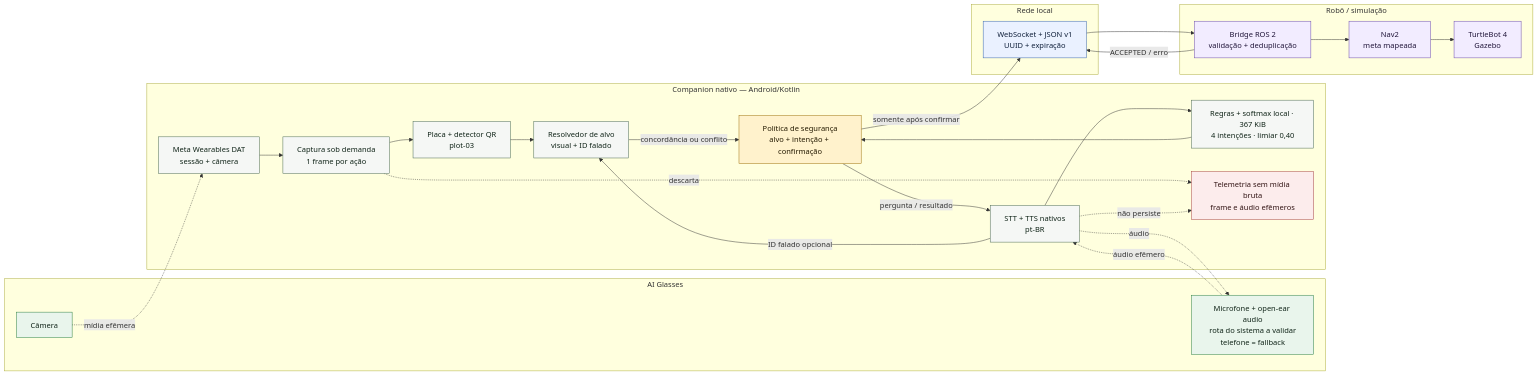
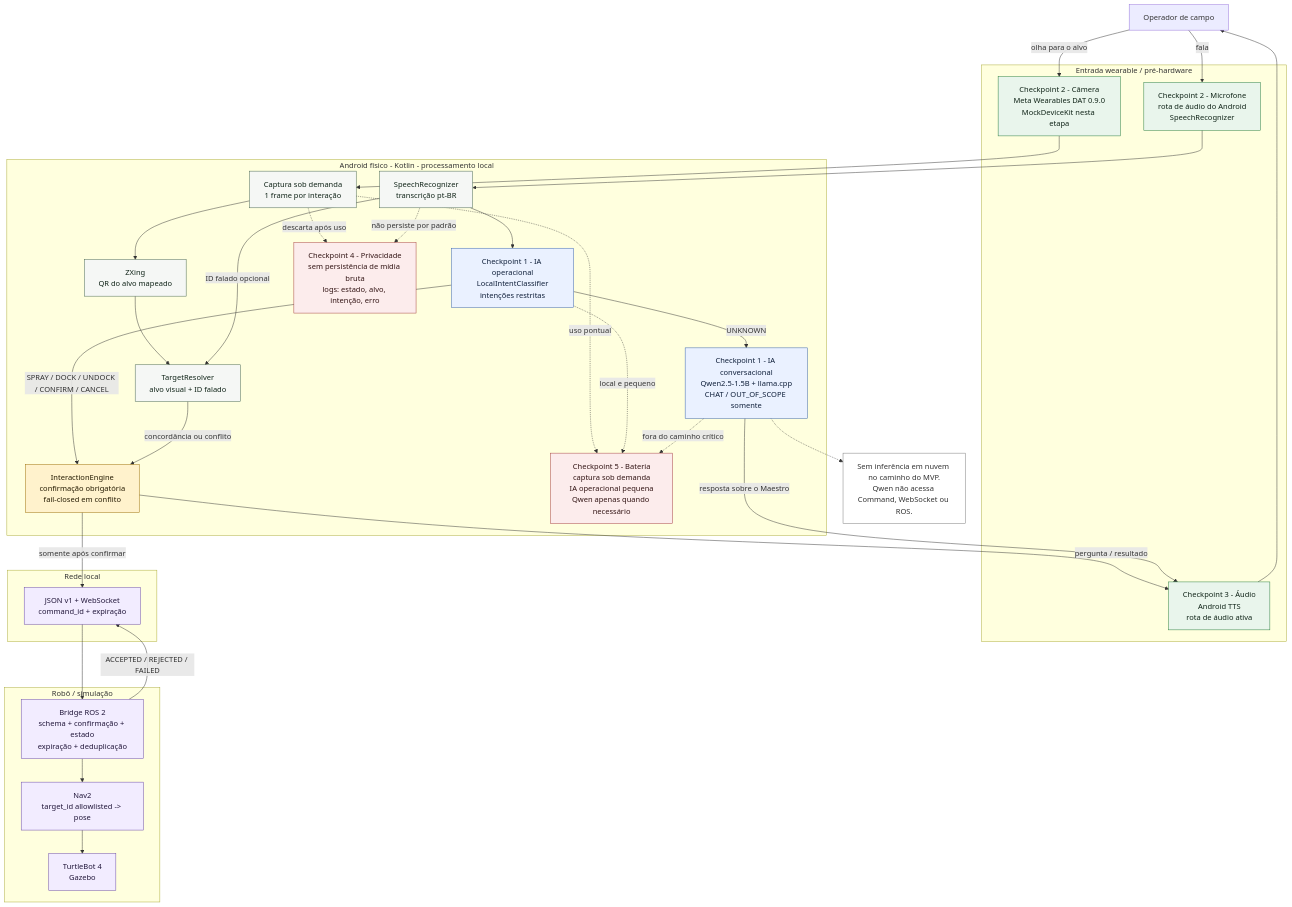
One commit to vvvvvdal/maestro-agricola changed the diagram in docs/submission/architecture.mmd. Above: the diagram before and after it, drawn with Mermaid. The commit also changed 3 other files, not shown here.

```diff
--- a/docs/submission/architecture.mmd
+++ b/docs/submission/architecture.mmd
@@ -1,56 +1,67 @@
-flowchart LR
-    subgraph G["AI Glasses"]
-        CAM["Câmera"]
-        AUD["Microfone + open-ear audio\nrota do sistema a validar\ntelefone = fallback"]
+flowchart TB
+    U["Operador de campo"]
+
+    subgraph W["Entrada wearable / pré-hardware"]
+        CAM["Checkpoint 2 - Câmera<br/>Meta Wearables DAT 0.9.0<br/>MockDeviceKit nesta etapa"]
+        MIC["Checkpoint 2 - Microfone<br/>rota de áudio do Android<br/>SpeechRecognizer"]
+        OUT["Checkpoint 3 - Áudio<br/>Android TTS<br/>rota de áudio ativa"]
     end
 
-    subgraph M["Companion nativo — Android/Kotlin"]
-        DAT["Meta Wearables DAT\nsessão + câmera"]
-        FRAME["Captura sob demanda\n1 frame por ação"]
-        QR["Placa + detector QR\nplot-03"]
-        VOICE["STT + TTS nativos\npt-BR"]
-        AI["Regras + softmax local · 367 KiB\n4 intenções · limiar 0,40"]
-        TARGET["Resolvedor de alvo\nvisual + ID falado"]
-        FSM["Política de segurança\nalvo + intenção + confirmação"]
-        PRIV["Telemetria sem mídia bruta\nframe e áudio efêmeros"]
+    subgraph A["Android físico - Kotlin - processamento local"]
+        FRAME["Captura sob demanda<br/>1 frame por interação"]
+        QR["ZXing<br/>QR do alvo mapeado"]
+        STT["SpeechRecognizer<br/>transcrição pt-BR"]
+        OPAI["Checkpoint 1 - IA operacional<br/>LocalIntentClassifier<br/>intenções restritas"]
+        TARGET["TargetResolver<br/>alvo visual + ID falado"]
+        SAFE["InteractionEngine<br/>confirmação obrigatória<br/>fail-closed em conflito"]
+        QWEN["Checkpoint 1 - IA conversacional<br/>Qwen2.5-1.5B + llama.cpp<br/>CHAT / OUT_OF_SCOPE somente"]
+        PRIV["Checkpoint 4 - Privacidade<br/>sem persistência de mídia bruta<br/>logs: estado, alvo, intenção, erro"]
+        BATT["Checkpoint 5 - Bateria<br/>captura sob demanda<br/>IA operacional pequena<br/>Qwen apenas quando necessário"]
     end
 
-    subgraph N["Rede local"]
-        WS["WebSocket + JSON v1\nUUID + expiração"]
+    subgraph L["Rede local"]
+        WS["JSON v1 + WebSocket<br/>command_id + expiração"]
     end
 
     subgraph R["Robô / simulação"]
-        BRIDGE["Bridge ROS 2\nvalidação + deduplicação"]
-        NAV["Nav2\nmeta mapeada"]
-        TB4["TurtleBot 4\nGazebo"]
+        BR["Bridge ROS 2<br/>schema + confirmação + estado<br/>expiração + deduplicação"]
+        NAV["Nav2<br/>target_id allowlisted -> pose"]
+        TB["TurtleBot 4<br/>Gazebo"]
     end
 
-    CAM -. "mídia efêmera" .-> DAT
-    DAT --> FRAME --> QR --> TARGET
-    AUD -. "áudio efêmero" .-> VOICE
-    VOICE --> AI --> FSM
-    VOICE -->|"ID falado opcional"| TARGET
-    TARGET -->|"concordância ou conflito"| FSM
-    FSM -->|"pergunta / resultado"| VOICE
-    VOICE -. "áudio" .-> AUD
-    FSM -->|"somente após confirmar"| WS --> BRIDGE --> NAV --> TB4
-    FRAME -. "descarta" .-> PRIV
-    VOICE -. "não persiste" .-> PRIV
-    BRIDGE -->|"ACCEPTED / erro"| WS
+    U -->|"olha para o alvo"| CAM
+    CAM --> FRAME --> QR --> TARGET
+    U -->|"fala"| MIC --> STT --> OPAI
+    STT -->|"ID falado opcional"| TARGET
+    OPAI -->|"SPRAY / DOCK / UNDOCK / CONFIRM / CANCEL"| SAFE
+    OPAI -->|"UNKNOWN"| QWEN
+    TARGET -->|"concordância ou conflito"| SAFE
+    SAFE -->|"pergunta / resultado"| OUT --> U
+    QWEN -->|"resposta sobre o Maestro"| OUT
+    SAFE -->|"somente após confirmar"| WS --> BR --> NAV --> TB
+    BR -->|"ACCEPTED / REJECTED / FAILED"| WS
 
-    classDef hardware fill:#E9F5EC,stroke:#237A3B,color:#102418;
+    FRAME -. "descarta após uso" .-> PRIV
+    STT -. "não persiste por padrão" .-> PRIV
+    FRAME -. "uso pontual" .-> BATT
+    OPAI -. "local e pequeno" .-> BATT
+    QWEN -. "fora do caminho crítico" .-> BATT
+
+    NOTE["Sem inferência em nuvem no caminho do MVP.<br/>Qwen não acessa Command, WebSocket ou ROS."]
+    QWEN -.-> NOTE
+
+    classDef input fill:#E9F5EC,stroke:#237A3B,color:#102418;
     classDef local fill:#F5F7F5,stroke:#43634D,color:#102418;
+    classDef ai fill:#EAF1FF,stroke:#315FA8,color:#10203B;
     classDef safety fill:#FFF2CC,stroke:#9A6A00,color:#241A00;
-    classDef network fill:#EAF1FF,stroke:#315FA8,color:#10203B;
+    classDef privacy fill:#FCECEC,stroke:#A33C3C,color:#321414;
     classDef robot fill:#F2ECFF,stroke:#6644A6,color:#21163A;
-    classDef privacy fill:#FCECEC,stroke:#A33C3C,color:#321414;
+    classDef note fill:#FFFFFF,stroke:#777777,color:#333333;
 
-    class CAM,AUD hardware;
-    class DAT,FRAME,QR,VOICE,AI,TARGET local;
-    class FSM safety;
-    class WS network;
-    class BRIDGE,NAV,TB4 robot;
-    class PRIV privacy;
-
-    %% O DAT integra a câmera. O sistema mobile fornece STT/TTS e tenta usar a
-    %% rota Bluetooth disponível; o telefone permanece como fallback.
+    class CAM,MIC,OUT input;
+    class FRAME,QR,STT,TARGET local;
+    class OPAI,QWEN ai;
+    class SAFE safety;
+    class PRIV,BATT privacy;
+    class WS,BR,NAV,TB robot;
+    class NOTE note;
```
